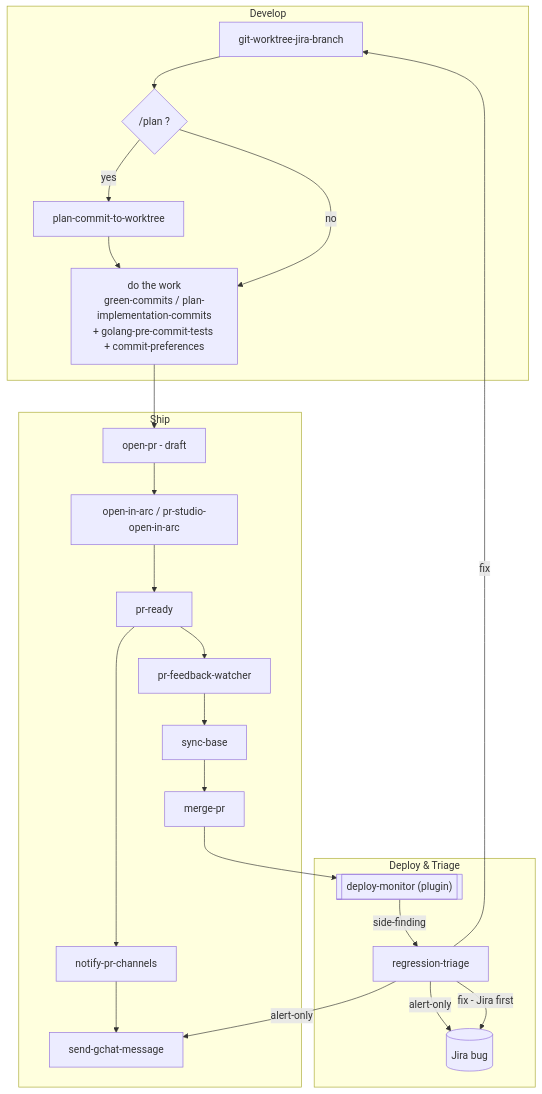
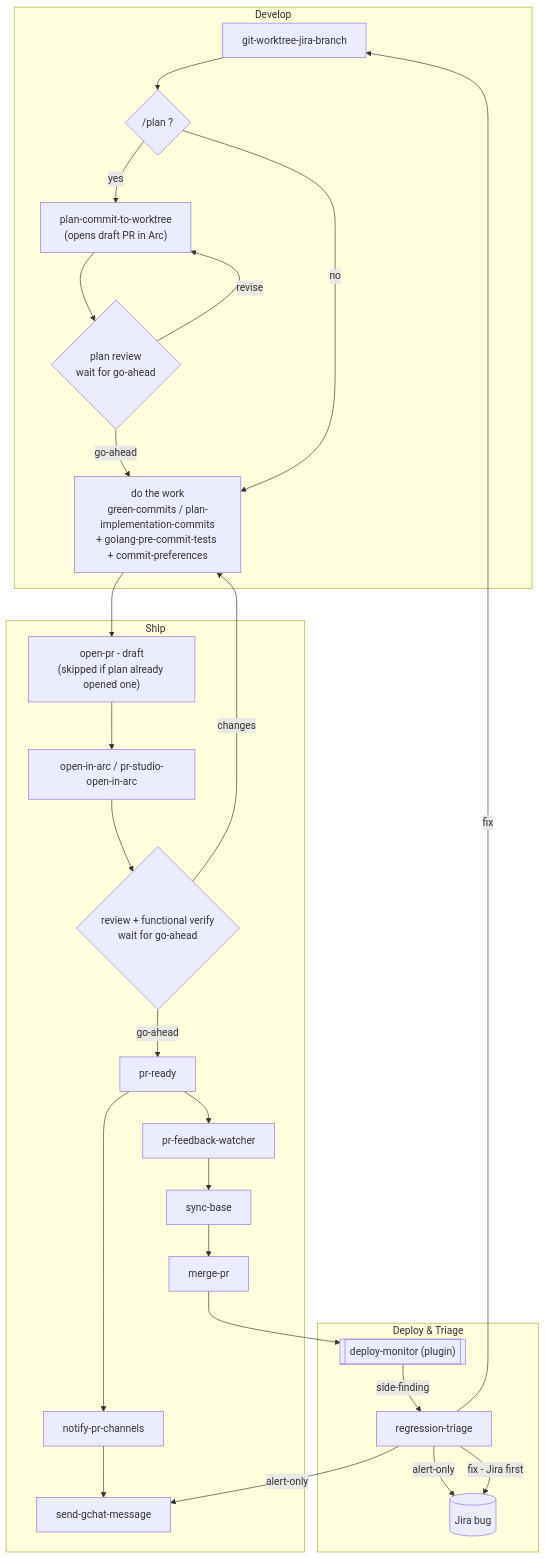
The diagram in claude/skills/README.md (benjfactor/dotfiles), drawn with Mermaid before and after one commit.

Commit message:
docs(skills): show plan and work review gates in skill flow
The flow diagram skipped the two points where work pauses for review
before continuing, and placed the draft PR only after the work even
though plan-commit-to-worktree opens it as soon as the plan lands.
Gate labels describe the step, not who performs it, so the same
diagram holds whether a person or an agent does the review.

````diff
--- a/claude/skills/README.md
+++ b/claude/skills/README.md
@@ -31,37 +31,43 @@
 ```mermaid
 flowchart TD
     subgraph Develop
         WT[git-worktree-jira-branch]
         PLAN{"/plan ?"}
-        PCW[plan-commit-to-worktree]
+        PCW["plan-commit-to-worktree<br/>(opens draft PR in Arc)"]
+        PGATE{"plan review<br/>wait for go-ahead"}
         WORK["do the work<br/>green-commits / plan-implementation-commits<br/>+ golang-pre-commit-tests + commit-preferences"]
     end
     subgraph Ship
-        DRAFT[open-pr - draft]
+        DRAFT["open-pr - draft<br/>(skipped if plan already opened one)"]
         ARC[open-in-arc / pr-studio-open-in-arc]
+        WGATE{"review + functional verify<br/>wait for go-ahead"}
         READY[pr-ready]
         NOTIFY[notify-pr-channels]
         GCHAT[send-gchat-message]
         FB[pr-feedback-watcher]
         SYNC[sync-base]
         MERGE[merge-pr]
     end
     subgraph DeployTriage["Deploy & Triage"]
         DM[["deploy-monitor (plugin)"]]
         RT[regression-triage]
         JIRA[(Jira bug)]
     end
 
     WT --> PLAN
-    PLAN -- yes --> PCW --> WORK
+    PLAN -- yes --> PCW --> PGATE
+    PGATE -- go-ahead --> WORK
+    PGATE -- revise --> PCW
     PLAN -- no --> WORK
-    WORK --> DRAFT --> ARC --> READY
+    WORK --> DRAFT --> ARC --> WGATE
+    WGATE -- go-ahead --> READY
+    WGATE -- changes --> WORK
     READY --> NOTIFY --> GCHAT
     READY --> FB
     FB --> SYNC --> MERGE --> DM
     DM -- side-finding --> RT
     RT -- alert-only --> GCHAT
     RT -- alert-only --> JIRA
     RT -- fix - Jira first --> JIRA
     RT -- fix --> WT
 ```
````
